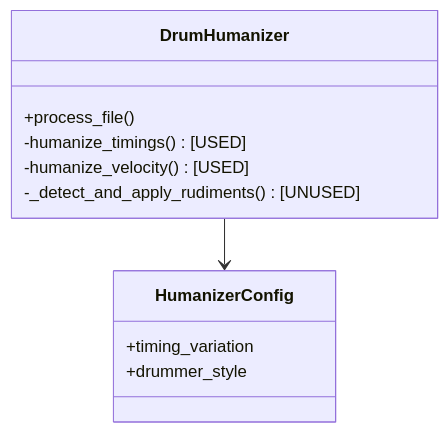
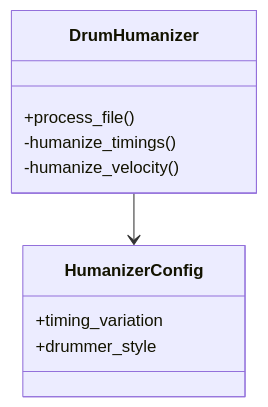
One commit to Hamsterdamm/drums_midi_humanizer changed the diagram in REVIEW_AND_TODO.md. Above: the diagram before and after it, drawn with Mermaid. The commit also changed other lines of this file, not shown here.

````diff
--- a/REVIEW_AND_TODO.md
+++ b/REVIEW_AND_TODO.md
@@ -58,16 +51,15 @@
 ```mermaid
 classDiagram
     class DrumHumanizer {
         +process_file()
-        -humanize_timings() [USED]
-        -humanize_velocity() [USED]
-        -_detect_and_apply_rudiments() [UNUSED]
+        -humanize_timings()
+        -humanize_velocity()
     }
     
     class HumanizerConfig {
         +timing_variation
         +drummer_style
     }
 
     DrumHumanizer --> HumanizerConfig
 ```
````
